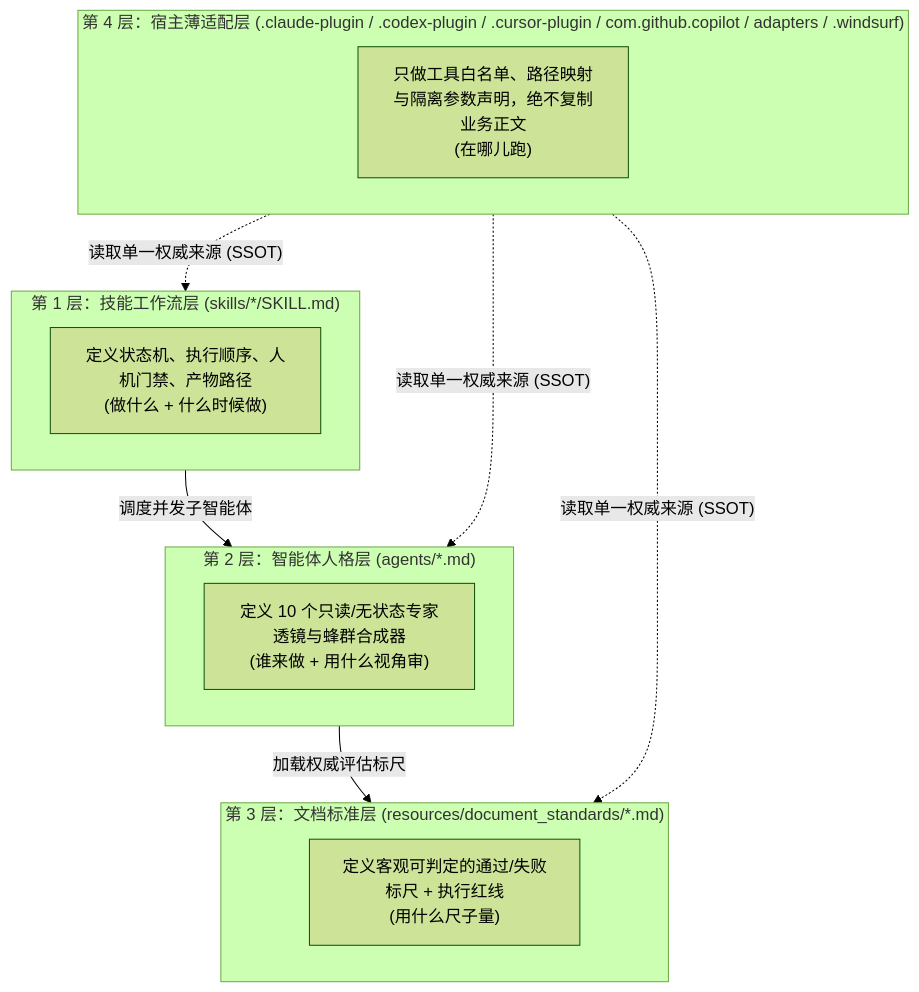
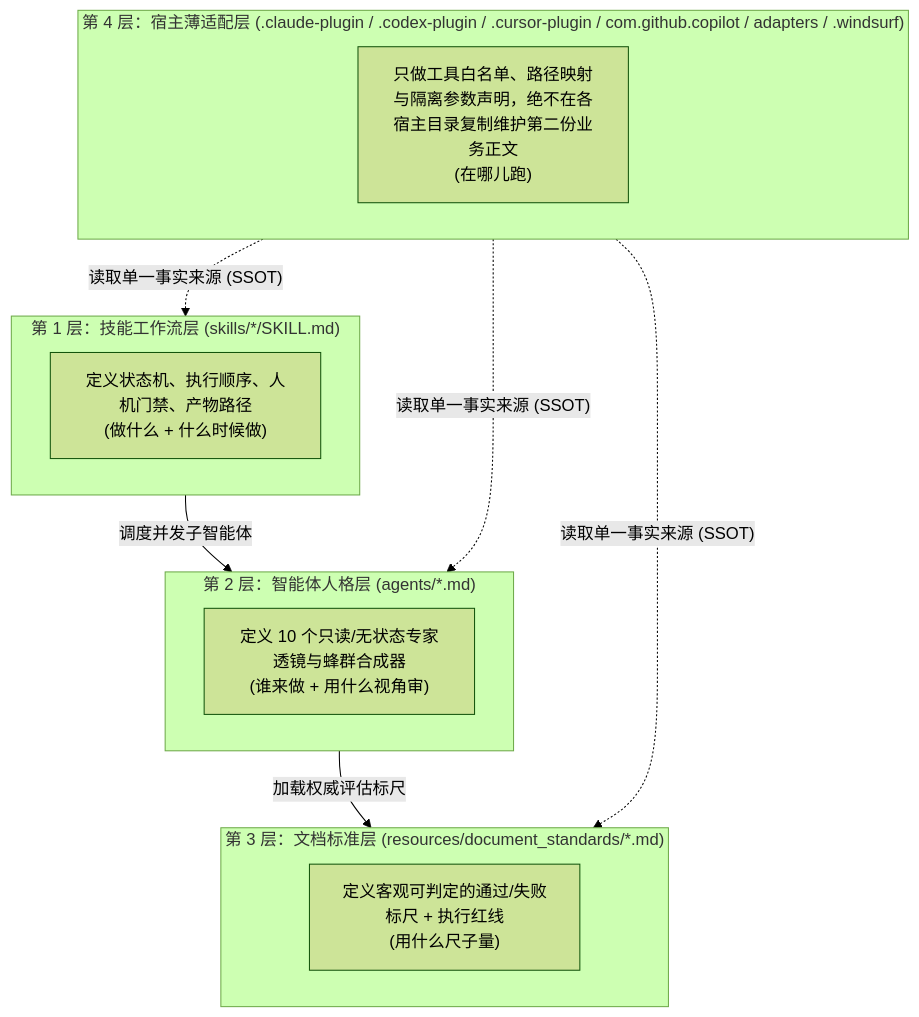
One commit to admax12959/elephant-goldfish-model changed the diagram in zh-CN/LEARNING_GUIDE.md. Above: the diagram before and after it, drawn with Mermaid (forest theme). The commit also changed other lines of this file and 83 other files, not shown here.

````diff
--- a/zh-CN/LEARNING_GUIDE.md
+++ b/zh-CN/LEARNING_GUIDE.md
@@ -45,21 +49,21 @@
 ```mermaid
 flowchart TB
     subgraph L1["第 1 层：技能工作流层 (skills/*/SKILL.md)"]
         S["定义状态机、执行顺序、人机门禁、产物路径<br/>(做什么 + 什么时候做)"]
     end
     subgraph L2["第 2 层：智能体人格层 (agents/*.md)"]
         A["定义 10 个只读/无状态专家透镜与蜂群合成器<br/>(谁来做 + 用什么视角审)"]
     end
     subgraph L3["第 3 层：文档标准层 (resources/document_standards/*.md)"]
         R["定义客观可判定的通过/失败标尺 + 执行红线<br/>(用什么尺子量)"]
     end
     subgraph L4["第 4 层：宿主薄适配层 (.claude-plugin / .codex-plugin / .cursor-plugin / com.github.copilot / adapters / .windsurf)"]
-        H["只做工具白名单、路径映射与隔离参数声明，绝不复制业务正文<br/>(在哪儿跑)"]
+        H["只做工具白名单、路径映射与隔离参数声明，绝不在各宿主目录复制维护第二份业务正文<br/>(在哪儿跑)"]
     end
 
     L1 -->|"调度并发子智能体"| L2
     L2 -->|"加载权威评估标尺"| L3
-    L4 -.->|"读取单一权威来源 (SSOT)"| L1
-    L4 -.->|"读取单一权威来源 (SSOT)"| L2
-    L4 -.->|"读取单一权威来源 (SSOT)"| L3
+    L4 -.->|"读取单一事实来源 (SSOT)"| L1
+    L4 -.->|"读取单一事实来源 (SSOT)"| L2
+    L4 -.->|"读取单一事实来源 (SSOT)"| L3
 ```
````
